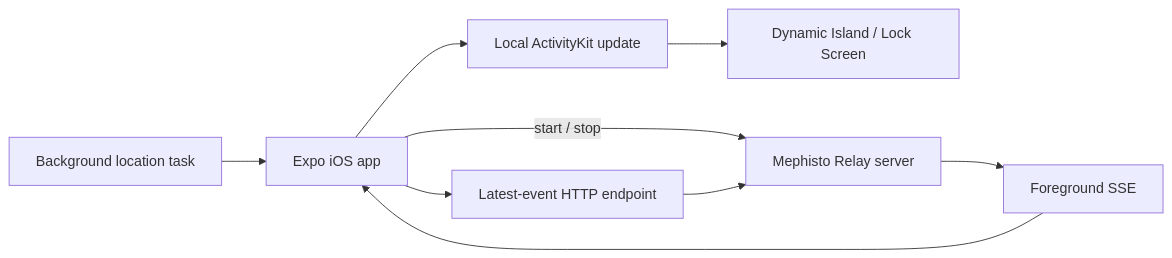
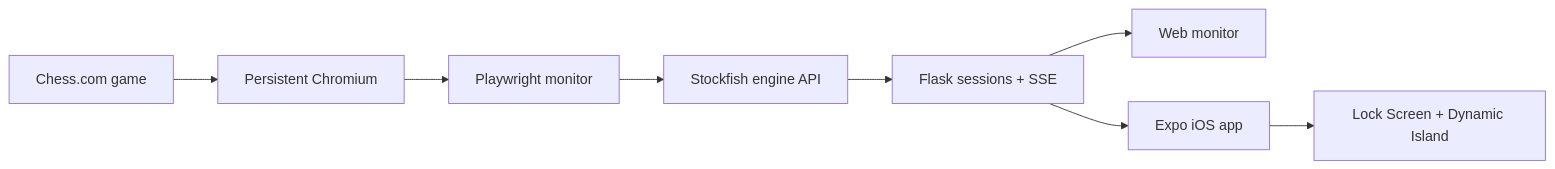
One commit to saiteja-madha/mephisto-relay changed the diagram in README.md. Above: the diagram before and after it, drawn with Mermaid. The commit also changed other lines of this file and 7 other files, not shown here.

````diff
--- a/README.md
+++ b/README.md
@@ -363,16 +57,10 @@
 ```mermaid
 flowchart LR
-    APP["Expo iOS app"]
-    SSE["Foreground SSE"]
-    LOCATION["Background location task"]
-    LATEST["Latest-event HTTP endpoint"]
-    ACTIVITY["Local ActivityKit update"]
-    ISLAND["Dynamic Island / Lock Screen"]
-    SERVER["Mephisto Relay server"]
-
-    APP -->|"start / stop"| SERVER
-    SERVER --> SSE --> APP
-    LOCATION --> APP
-    APP --> LATEST --> SERVER
-    APP --> ACTIVITY --> ISLAND
+    GAME["Chess.com game"] --> BROWSER["Persistent Chromium"]
+    BROWSER --> MONITOR["Playwright monitor"]
+    MONITOR --> ENGINE["Stockfish engine API"]
+    ENGINE --> RELAY["Flask sessions + SSE"]
+    RELAY --> WEB["Web monitor"]
+    RELAY --> IOS["Expo iOS app"]
+    IOS --> LIVE["Lock Screen + Dynamic Island"]
 ```
````
